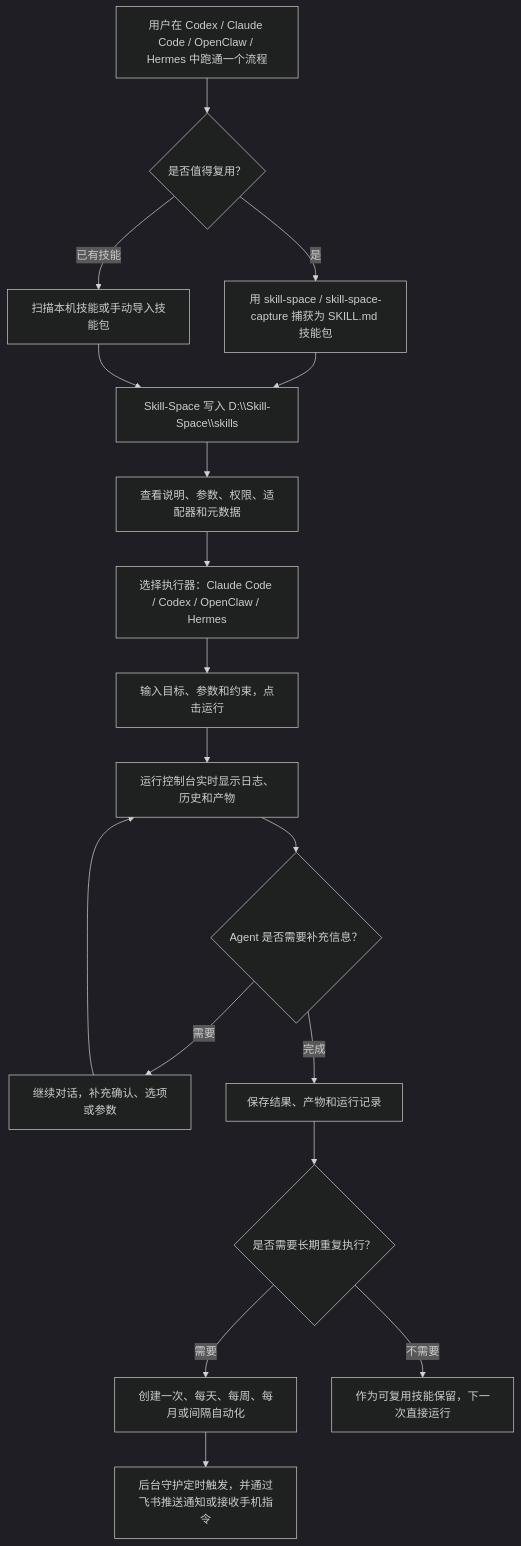
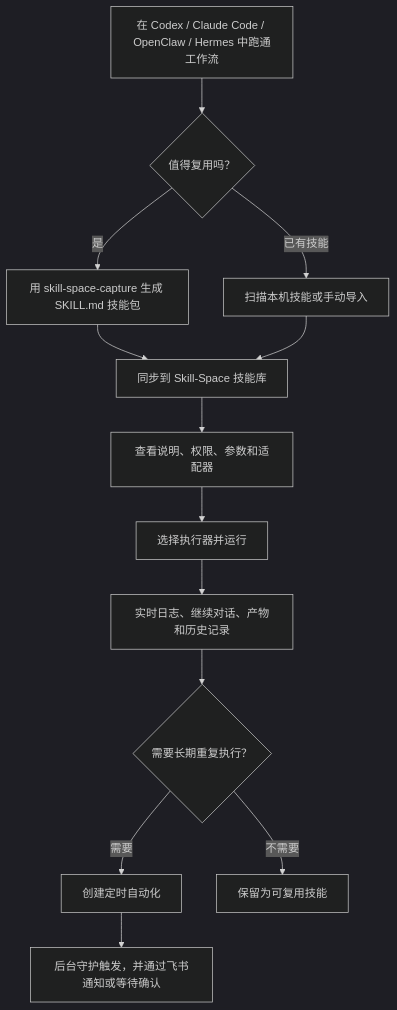
One commit to lj1270998580-crypto/Skill-Space changed the diagram in README.md. Above: the diagram before and after it, drawn with Mermaid (dark theme). The commit also changed other lines of this file and 11 other files, not shown here.

Commit message:
Release Skill-Space 0.1.9

````diff
--- a/README.md
+++ b/README.md
@@ -57,20 +65,15 @@
 ```mermaid
 flowchart TD
-  A["用户在 Codex / Claude Code / OpenClaw / Hermes 中跑通一个流程"] --> B{"是否值得复用？"}
-  B -- "是" --> C["用 skill-space / skill-space-capture 捕获为 SKILL.md 技能包"]
-  B -- "已有技能" --> D["扫描本机技能或手动导入技能包"]
-  C --> E["Skill-Space 写入 D:\\Skill-Space\\skills"]
+  A["在 Codex / Claude Code / OpenClaw / Hermes 中跑通工作流"] --> B{"值得复用吗？"}
+  B -- "是" --> C["用 skill-space-capture 生成 SKILL.md 技能包"]
+  B -- "已有技能" --> D["扫描本机技能或手动导入"]
+  C --> E["同步到 Skill-Space 技能库"]
   D --> E
-  E --> F["查看说明、参数、权限、适配器和元数据"]
-  F --> G["选择执行器：Claude Code / Codex / OpenClaw / Hermes"]
-  G --> H["输入目标、参数和约束，点击运行"]
-  H --> I["运行控制台实时显示日志、历史和产物"]
-  I --> J{"Agent 是否需要补充信息？"}
-  J -- "需要" --> K["继续对话，补充确认、选项或参数"]
-  K --> I
-  J -- "完成" --> L["保存结果、产物和运行记录"]
-  L --> M{"是否需要长期重复执行？"}
-  M -- "需要" --> N["创建一次、每天、每周、每月或间隔自动化"]
-  N --> O["后台守护定时触发，并通过飞书推送通知或接收手机指令"]
-  M -- "不需要" --> P["作为可复用技能保留，下一次直接运行"]
+  E --> F["查看说明、权限、参数和适配器"]
+  F --> G["选择执行器并运行"]
+  G --> H["实时日志、继续对话、产物和历史记录"]
+  H --> I{"需要长期重复执行？"}
+  I -- "需要" --> J["创建定时自动化"]
+  J --> K["后台守护触发，并通过飞书通知或等待确认"]
+  I -- "不需要" --> L["保留为可复用技能"]
 ```
````
